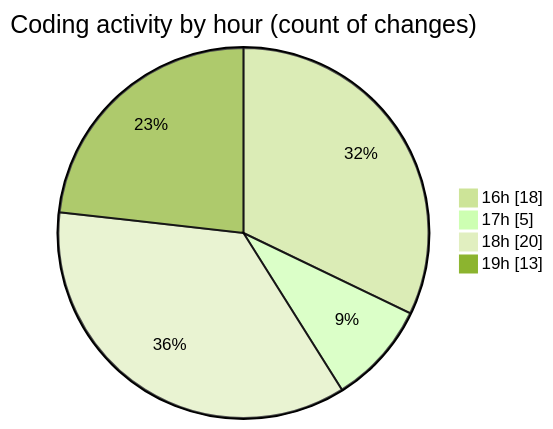
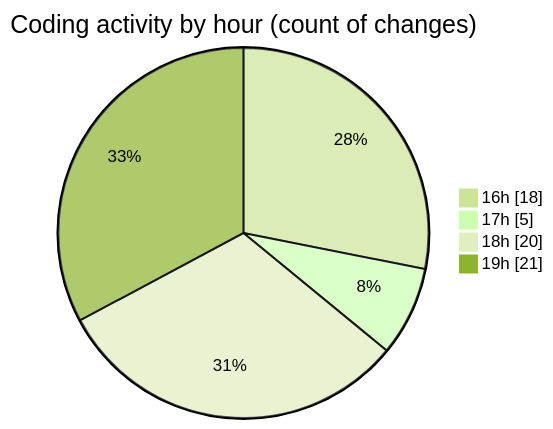
Before and after one commit to donsfak/code-tracking: the second of 2 diagrams in 2025-02-27/uber_clone/README.md, drawn with Mermaid (forest theme). The commit also changed other lines of this file and 1 other file, not shown here.

````diff
--- a/2025-02-27/uber_clone/README.md
+++ b/2025-02-27/uber_clone/README.md
@@ -29,8 +29,8 @@
 ```mermaid
 pie showData
 title Coding activity by hour (count of changes)
 "16h" : 18
 "17h" : 5
 "18h" : 20
-"19h" : 13
+"19h" : 21
 ```
````
